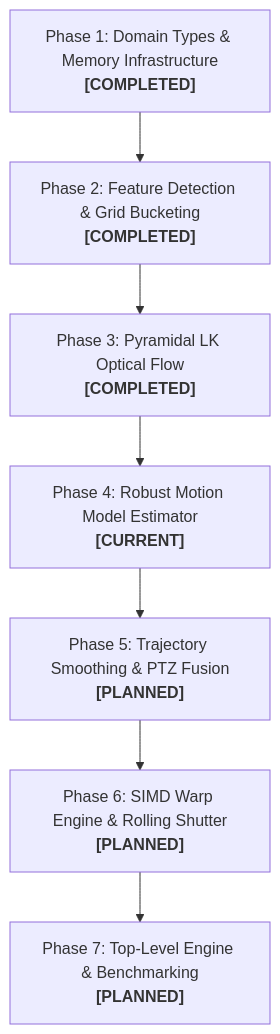
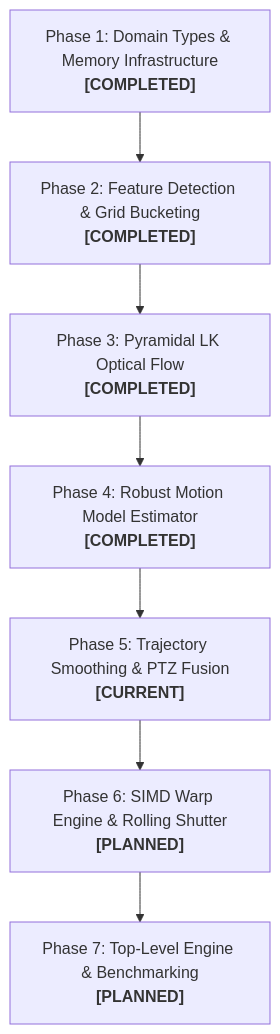
Before and after one commit to svagionitis/PelcoD-Controller: the third of 3 diagrams in docs/stabilizer_implementation_plan.md, drawn with Mermaid. The commit also changed other lines of this file and 6 other files, not shown here.

First line of the commit message:
feat(stabilizer): add MSAC motion model estimator

````diff
--- a/docs/stabilizer_implementation_plan.md
+++ b/docs/stabilizer_implementation_plan.md
@@ -345,9 +345,9 @@
 ```mermaid
 flowchart TD
     P1["Phase 1: Domain Types & Memory Infrastructure<br/><b>[COMPLETED]</b>"] --> P2["Phase 2: Feature Detection & Grid Bucketing<br/><b>[COMPLETED]</b>"]
     P2 --> P3["Phase 3: Pyramidal LK Optical Flow<br/><b>[COMPLETED]</b>"]
-    P3 --> P4["Phase 4: Robust Motion Model Estimator<br/><b>[CURRENT]</b>"]
-    P4 --> P5["Phase 5: Trajectory Smoothing & PTZ Fusion<br/><b>[PLANNED]</b>"]
+    P3 --> P4["Phase 4: Robust Motion Model Estimator<br/><b>[COMPLETED]</b>"]
+    P4 --> P5["Phase 5: Trajectory Smoothing & PTZ Fusion<br/><b>[CURRENT]</b>"]
     P5 --> P6["Phase 6: SIMD Warp Engine & Rolling Shutter<br/><b>[PLANNED]</b>"]
     P6 --> P7["Phase 7: Top-Level Engine & Benchmarking<br/><b>[PLANNED]</b>"]
 ```
````
